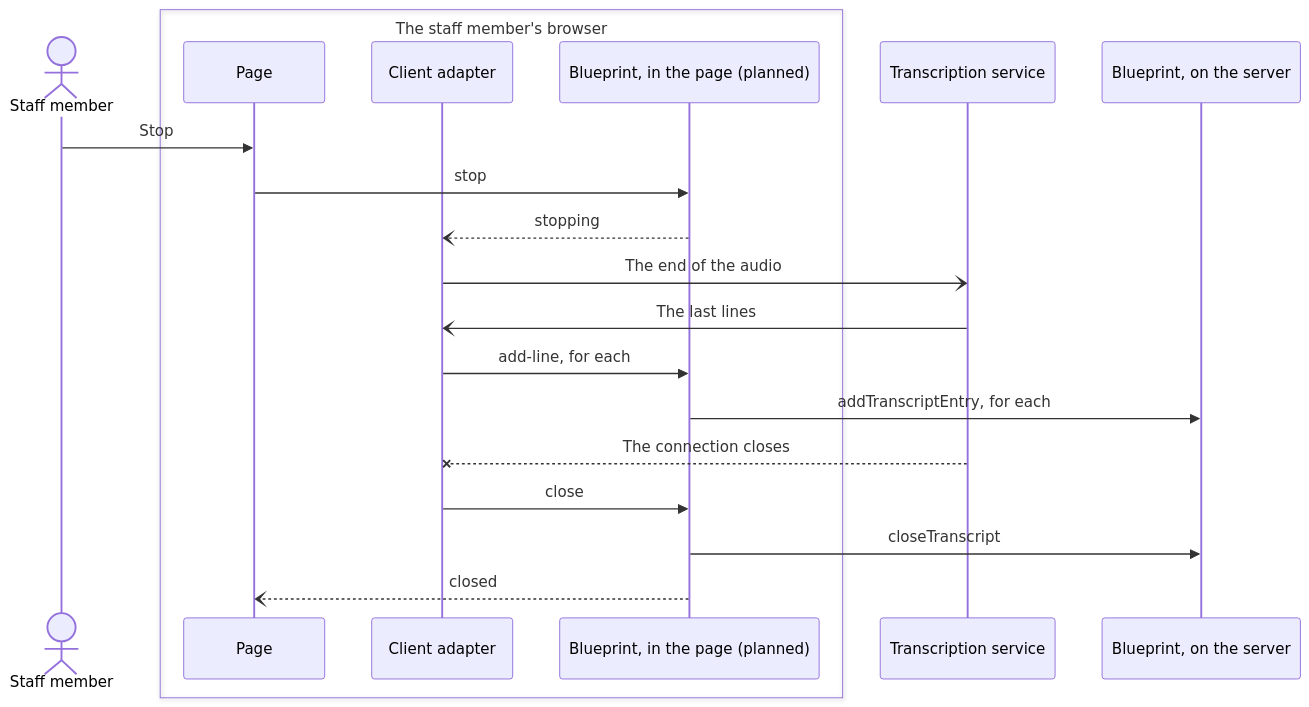
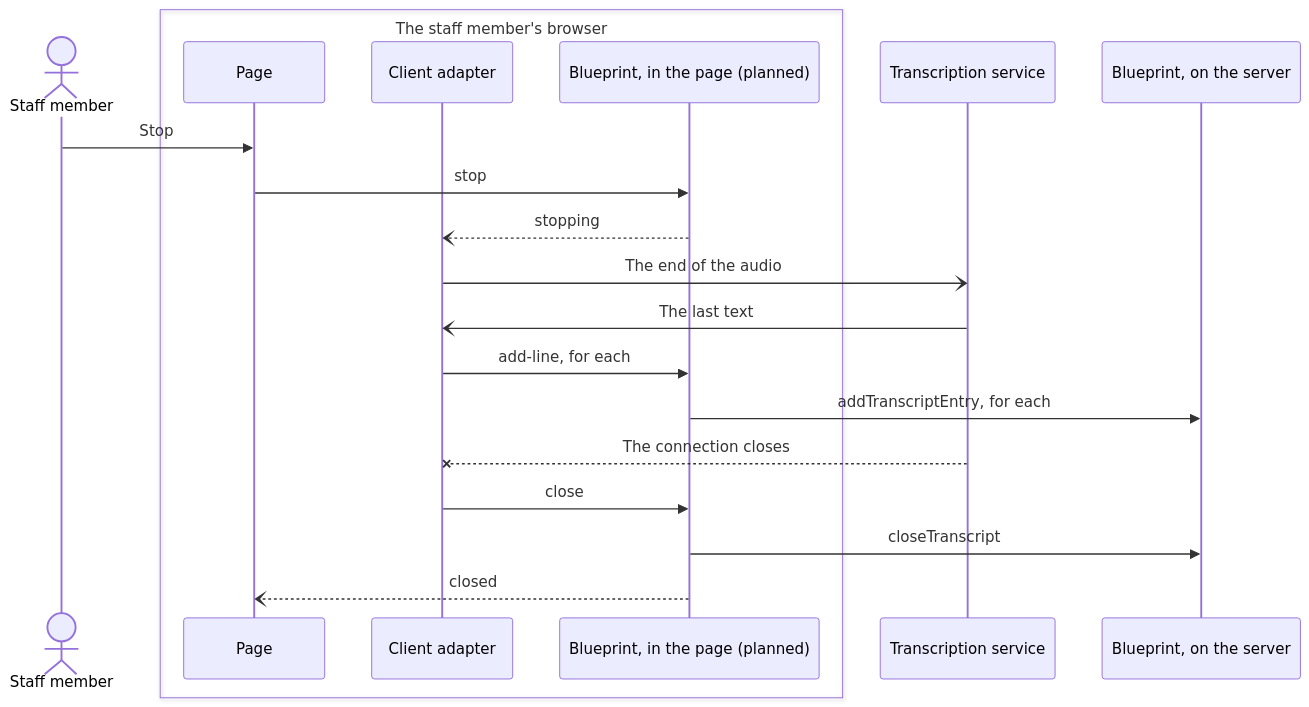
One commit to codeforamerica/safety-net-blueprint changed the sixth of 6 diagrams in docs/architecture/domains/communication.md. Above: the diagram before and after it, drawn with Mermaid. The commit also changed other lines of this file, not shown here.

First line of the commit message:
Show where the relay and the audio contract fit, and that text comes back

````diff
--- a/docs/architecture/domains/communication.md
+++ b/docs/architecture/domains/communication.md
@@ -267,23 +278,23 @@
 ```mermaid
 sequenceDiagram
     actor Staff as Staff member
     box The staff member's browser
         participant Page
         participant Client as Client adapter
         participant Session as Blueprint, in the page (planned)
     end
     participant Service as Transcription service
     participant Server as Blueprint, on the server
 
     Staff->>Page: Stop
     Page->>Session: stop
     Session--)Client: stopping
     Client-)Service: The end of the audio
-    Service-)Client: The last lines
+    Service-)Client: The last text
     Client->>Session: add-line, for each
     Session->>Server: addTranscriptEntry, for each
     Service--xClient: The connection closes
     Client->>Session: close
     Session->>Server: closeTranscript
     Session--)Page: closed
 ```
````
